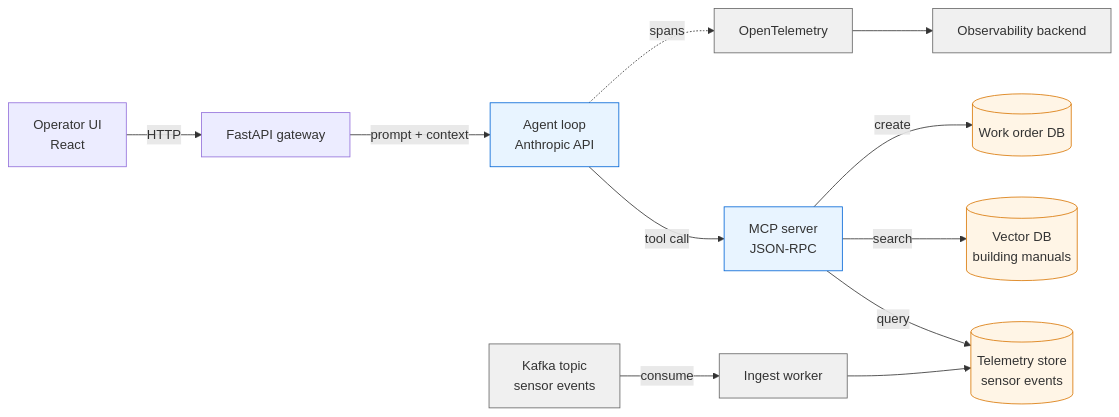
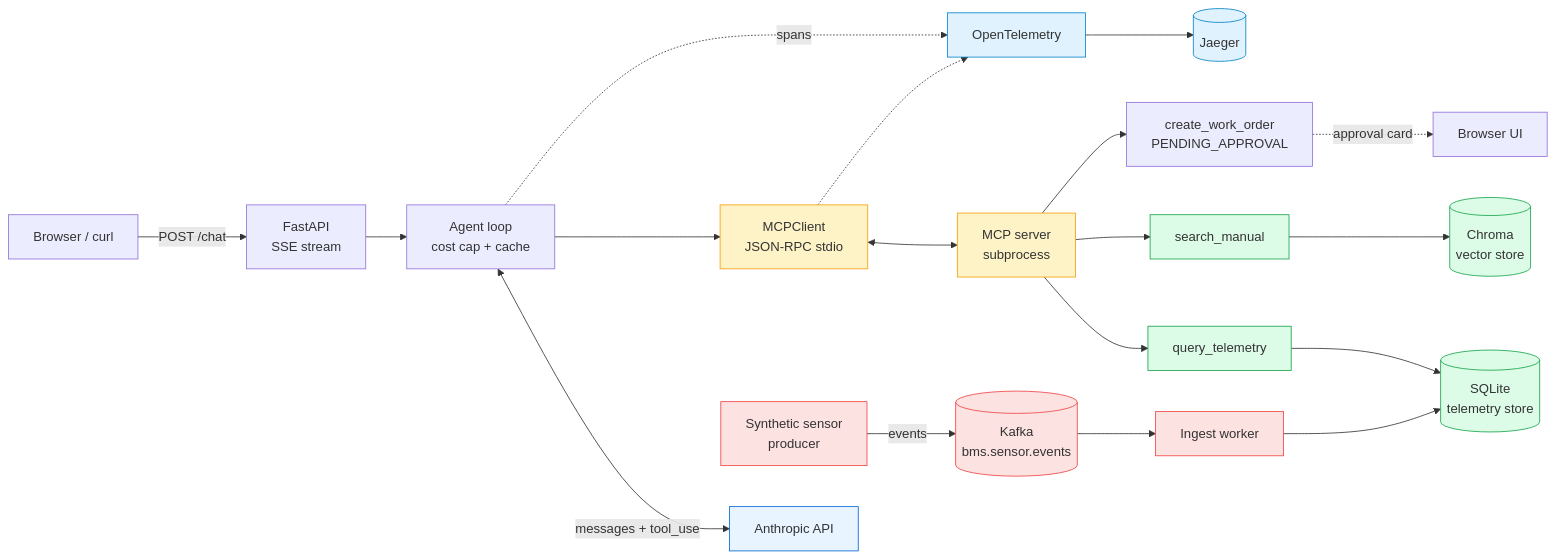
The diagram in README.md (XKushal/applied-ai-lab), drawn with Mermaid before and after one commit. The commit also changed other lines of this file and 9 other files, not shown here.

Commit message:
Phase 4c: Kafka + synthetic producer + ingest worker → SQLite telemetry store; query_telemetry reads from store w/ mock fallback; docker-compose w/ Kafka + producer + ingest + shared volume; top-level README polished. Closes Phase 4.

````diff
--- a/README.md
+++ b/README.md
@@ -34,20 +33,33 @@
 ```mermaid
 flowchart LR
-    User[Operator UI<br/>React] -->|HTTP| API[FastAPI gateway]
-    API -->|prompt + context| Agent[Agent loop<br/>Anthropic API]
-    Agent -->|tool call| MCP[MCP server<br/>JSON-RPC]
-    MCP -->|query| TS[(Telemetry store<br/>sensor events)]
-    MCP -->|search| VDB[(Vector DB<br/>building manuals)]
-    MCP -->|create| WO[(Work order DB)]
-    Kafka[Kafka topic<br/>sensor events] -->|consume| Ingest[Ingest worker]
-    Ingest --> TS
+    User[Browser / curl] -->|POST /chat| API[FastAPI<br/>SSE stream]
+    API --> Agent[Agent loop<br/>cost cap + cache]
+    Agent <-->|messages + tool_use| Claude[Anthropic API]
+    Agent --> MCPClient[MCPClient<br/>JSON-RPC stdio]
+    MCPClient <--> Server[MCP server<br/>subprocess]
+    Server --> Telemetry[query_telemetry]
+    Server --> SearchManual[search_manual]
+    Server --> WorkOrder[create_work_order<br/>PENDING_APPROVAL]
+
+    Producer[Synthetic sensor<br/>producer] -->|events| Kafka[(Kafka<br/>bms.sensor.events)]
+    Kafka --> Ingest[Ingest worker]
+    Ingest --> Store[(SQLite<br/>telemetry store)]
+    Telemetry --> Store
+    SearchManual --> Chroma[(Chroma<br/>vector store)]
+    WorkOrder -.->|approval card| UI[Browser UI]
+
     Agent -.->|spans| OTel[OpenTelemetry]
-    OTel --> Obs[Observability backend]
+    MCPClient -.-> OTel
+    OTel --> Jaeger[(Jaeger)]
 
-    classDef ai fill:#e8f4ff,stroke:#0366d6;
-    classDef data fill:#fff5e6,stroke:#d97706;
-    classDef infra fill:#f0f0f0,stroke:#666;
-    class Agent,MCP ai;
-    class TS,VDB,WO data;
-    class Kafka,Ingest,OTel,Obs infra;
+    classDef ai fill:#e8f4ff,stroke:#0366d6
+    classDef mcp fill:#fef3c7,stroke:#f59e0b
+    classDef obs fill:#e0f2fe,stroke:#0284c7
+    classDef data fill:#dcfce7,stroke:#16a34a
+    classDef stream fill:#fde2e2,stroke:#ef4444
+    class Claude ai
+    class MCPClient,Server mcp
+    class OTel,Jaeger obs
+    class Chroma,Telemetry,SearchManual,Store data
+    class Producer,Kafka,Ingest stream
 ```
````
